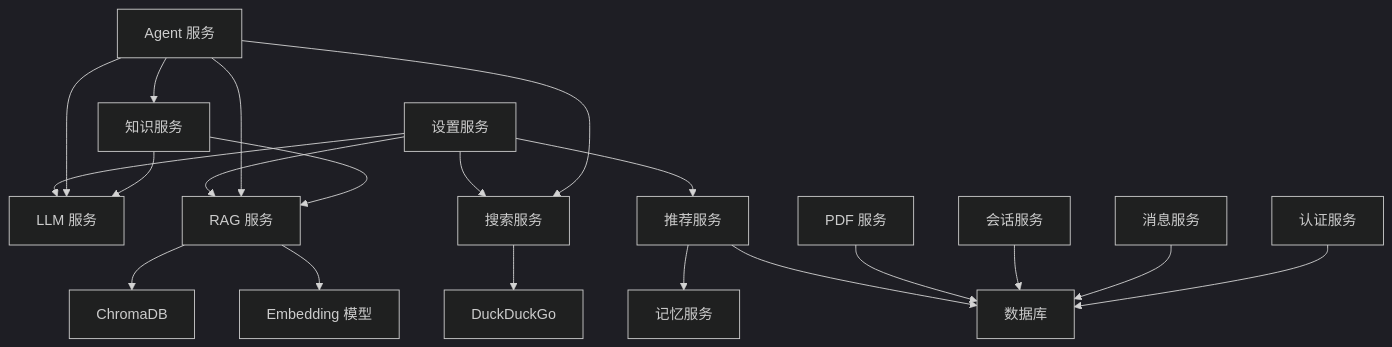
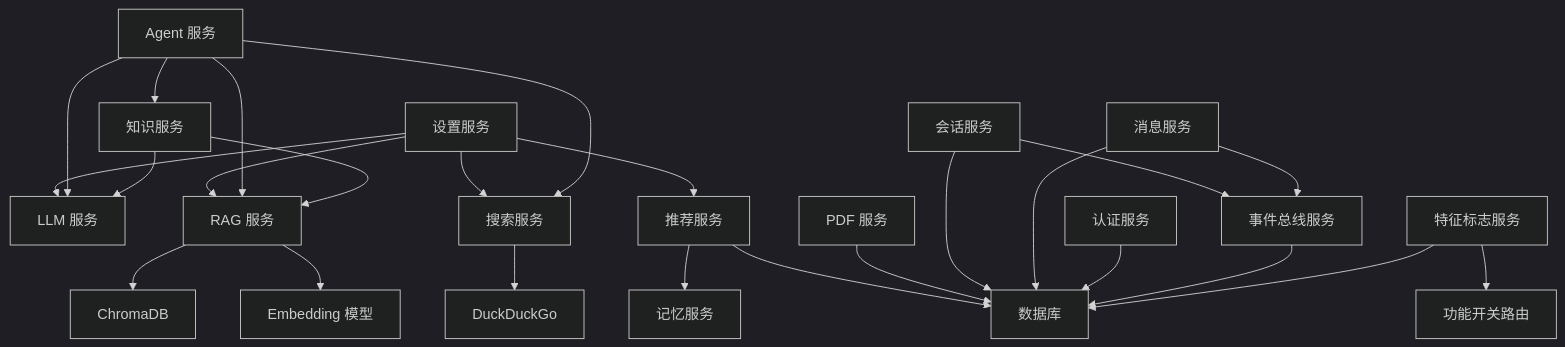
Before and after one commit to laohanhahaha/PaperChat: diagram 12 of 12 in .qoder/repowiki/zh/content/后端系统/业务服务层/业务服务层.md, drawn with Mermaid (dark theme). The commit also changed other lines of this file and 8 other files, not shown here.

````diff
--- a/.qoder/repowiki/zh/content/后端系统/业务服务层/业务服务层.md
+++ b/.qoder/repowiki/zh/content/后端系统/业务服务层/业务服务层.md
@@ -394,22 +521,27 @@
 ```mermaid
 graph TB
 SET["设置服务"] --> LLM["LLM 服务"]
 SET --> RAG["RAG 服务"]
 SET --> SEARCH["搜索服务"]
 SET --> REC["推荐服务"]
 AG["Agent 服务"] --> LLM
 AG --> RAG
 AG --> KNOW["知识服务"]
 AG --> SEARCH
 KNOW --> RAG
 KNOW --> LLM
 REC --> MEM["记忆服务"]
 REC --> DB["数据库"]
 RAG --> CHROMA["ChromaDB"]
 RAG --> EMB["Embedding 模型"]
 SEARCH --> DDG["DuckDuckGo"]
 PDF["PDF 服务"] --> DB
 SES["会话服务"] --> DB
+SES --> EVENTBUS["事件总线服务"]
 MSG["消息服务"] --> DB
+MSG --> EVENTBUS
 AUTH["认证服务"] --> DB
+EVENTBUS --> DB
+FF["特征标志服务"] --> DB
+FF --> ROUTER["功能开关路由"]
 ```
````
